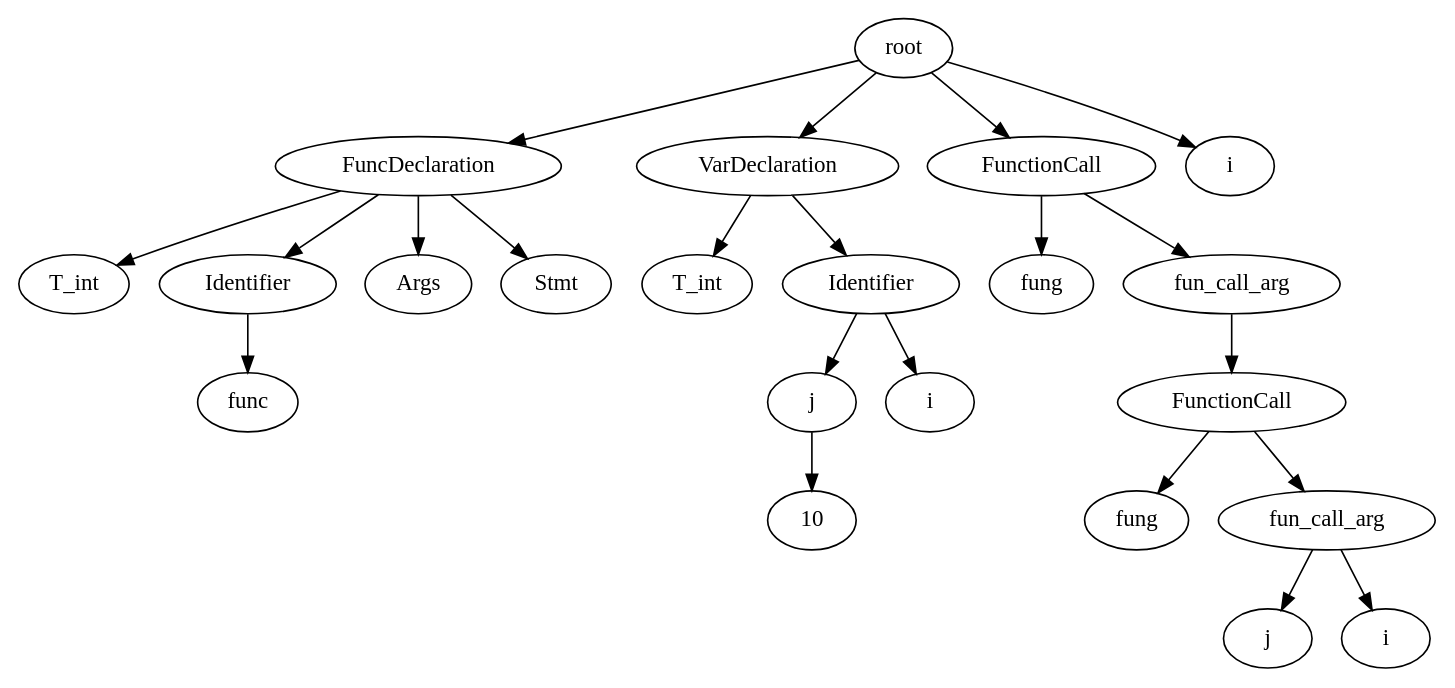
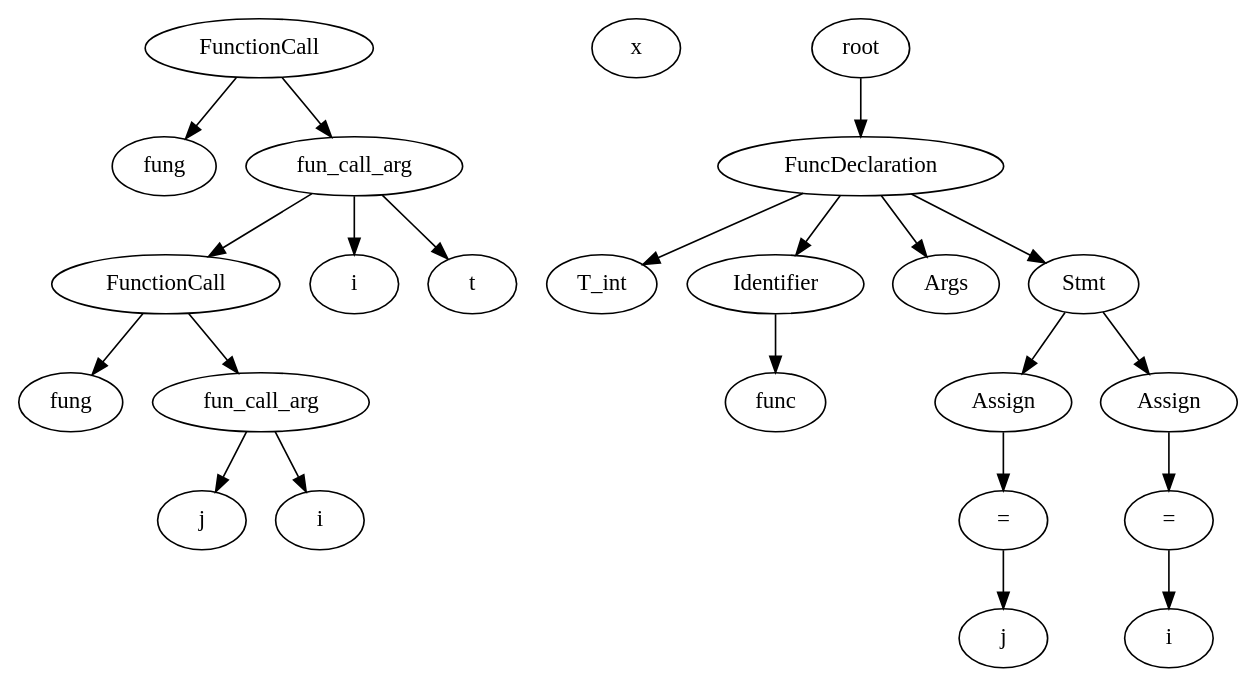
Before and after one commit to Jstar49/starCC: the diagram in test.gv, drawn with Graphviz. The commit also changed 5 other files, not shown here.

```diff
--- a/test.gv
+++ b/test.gv
@@ -1,46 +1,48 @@
 // root
 digraph {
+	9 [label=FunctionCall]
+	10 [label=fung]
+	9 -> 10
+	11 [label=fun_call_arg]
+	9 -> 11
+	12 [label=FunctionCall]
+	11 -> 12
+	13 [label=fung]
+	12 -> 13
+	14 [label=fun_call_arg]
+	12 -> 14
+	15 [label=j]
+	14 -> 15
+	16 [label=i]
+	14 -> 16
+	17 [label=i]
+	11 -> 17
+	18 [label=t]
+	11 -> 18
+	22 [label=x]
 	None [label=root]
 	0 [label=FuncDeclaration]
 	None -> 0
 	1 [label=T_int]
 	0 -> 1
 	2 [label=Identifier]
 	0 -> 2
 	3 [label=func]
 	2 -> 3
 	4 [label=Args]
 	0 -> 4
 	5 [label=Stmt]
 	0 -> 5
-	6 [label=VarDeclaration]
-	None -> 6
-	7 [label=T_int]
-	6 -> 7
-	8 [label=Identifier]
+	6 [label=Assign]
+	5 -> 6
+	8 [label="="]
 	6 -> 8
-	9 [label=j]
-	8 -> 9
-	10 [label=10]
-	9 -> 10
-	11 [label=i]
-	8 -> 11
-	12 [label=FunctionCall]
-	None -> 12
-	13 [label=fung]
-	12 -> 13
-	14 [label=fun_call_arg]
-	12 -> 14
-	15 [label=FunctionCall]
-	14 -> 15
-	16 [label=fung]
-	15 -> 16
-	17 [label=fun_call_arg]
-	15 -> 17
-	18 [label=j]
-	17 -> 18
-	19 [label=i]
-	17 -> 19
+	7 [label=j]
+	8 -> 7
+	19 [label=Assign]
+	5 -> 19
+	21 [label="="]
+	19 -> 21
 	20 [label=i]
-	None -> 20
+	21 -> 20
 }
```
